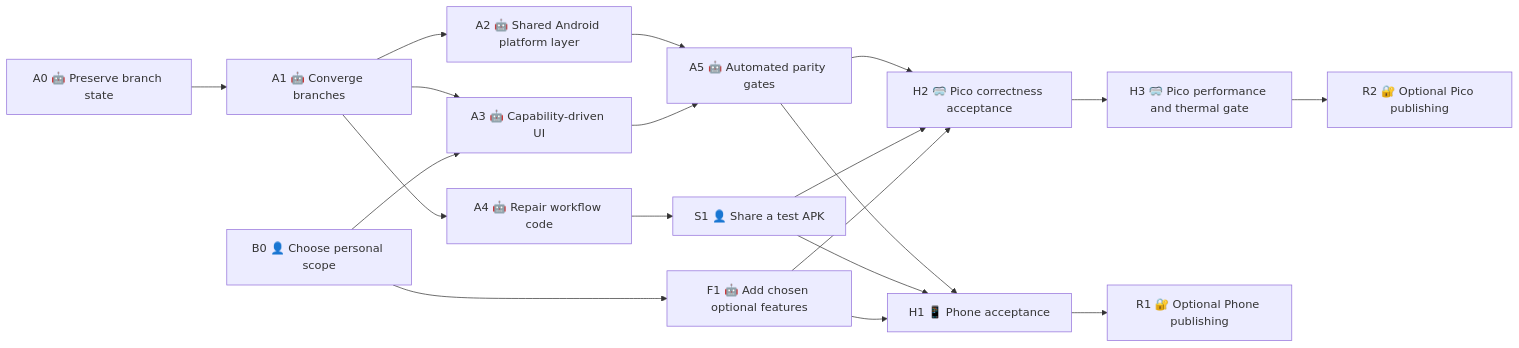
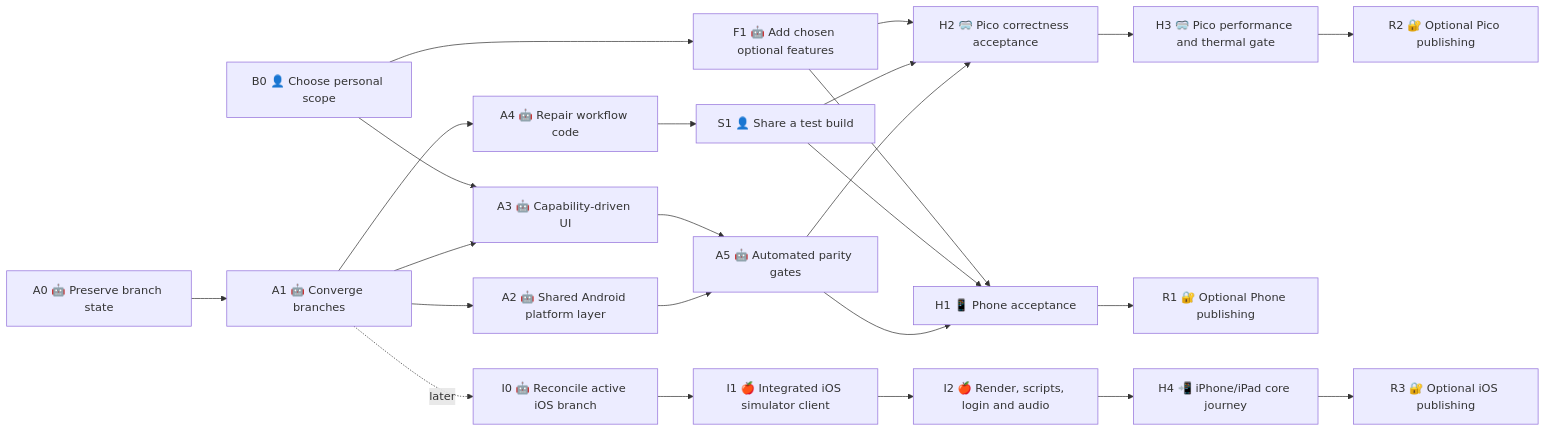
Before and after one commit to noah-be/overte: the first of 2 diagrams in android/docs/ANDROID_PHONE_PICO4_ROADMAP.md, drawn with Mermaid. The commit also changed other lines of this file and 1 other file, not shown here.

Commit message:
docs: add iOS port to mobile roadmap

````diff
--- a/android/docs/ANDROID_PHONE_PICO4_ROADMAP.md
+++ b/android/docs/ANDROID_PHONE_PICO4_ROADMAP.md
@@ -68,21 +75,26 @@
 ```mermaid
 flowchart LR
     A0["A0 🤖 Preserve branch state"] --> A1["A1 🤖 Converge branches"]
     A1 --> A2["A2 🤖 Shared Android platform layer"]
     A1 --> A3["A3 🤖 Capability-driven UI"]
     A1 --> A4["A4 🤖 Repair workflow code"]
+    A1 -. later .-> I0["I0 🤖 Reconcile active iOS branch"]
     A2 --> A5["A5 🤖 Automated parity gates"]
     A3 --> A5
-    A4 --> S1["S1 👤 Share a test APK"]
+    A4 --> S1["S1 👤 Share a test build"]
     B0["B0 👤 Choose personal scope"] --> A3
     B0 --> F1["F1 🤖 Add chosen optional features"]
     A5 --> H1["H1 📱 Phone acceptance"]
     A5 --> H2["H2 🥽 Pico correctness acceptance"]
     H2 --> H3["H3 🥽 Pico performance and thermal gate"]
     S1 --> H1
     S1 --> H2
     H1 --> R1["R1 🔐 Optional Phone publishing"]
     H3 --> R2["R2 🔐 Optional Pico publishing"]
     F1 --> H1
     F1 --> H2
+    I0 --> I1["I1 🍎 Integrated iOS simulator client"]
+    I1 --> I2["I2 🍎 Render, scripts, login and audio"]
+    I2 --> H4["H4 📲 iPhone/iPad core journey"]
+    H4 --> R3["R3 🔐 Optional iOS publishing"]
 ```
````
